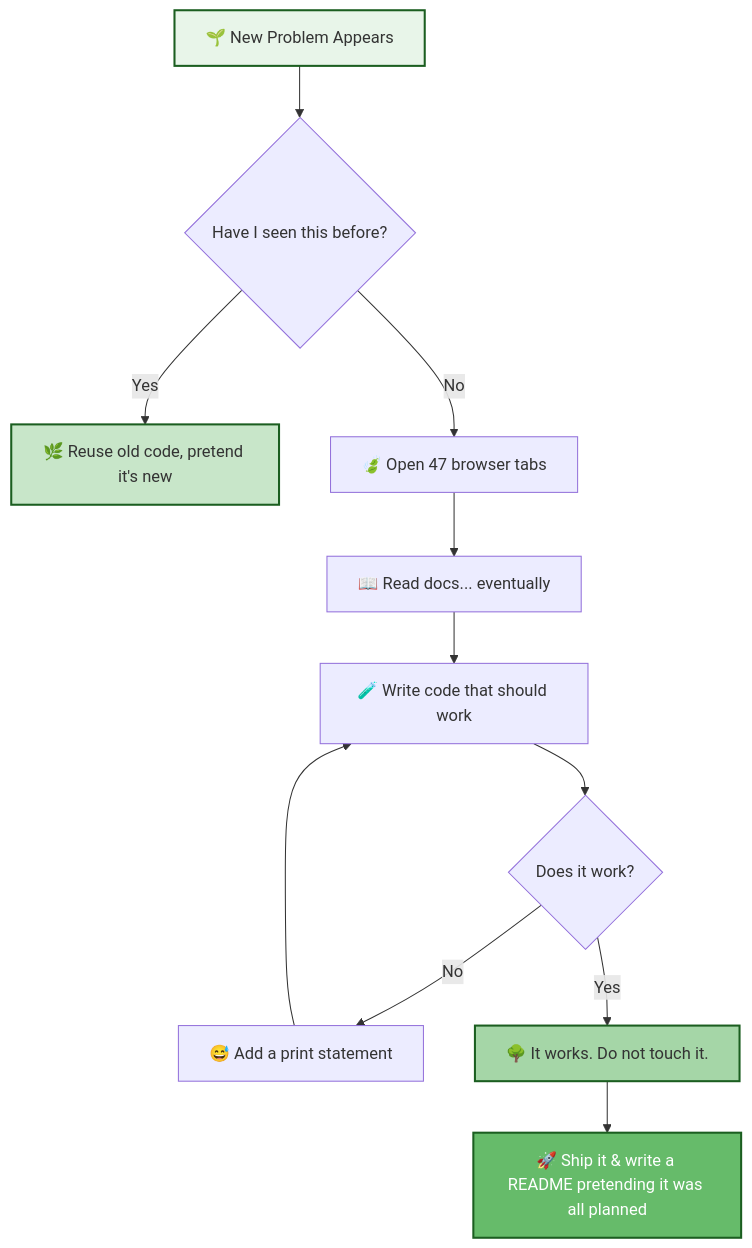
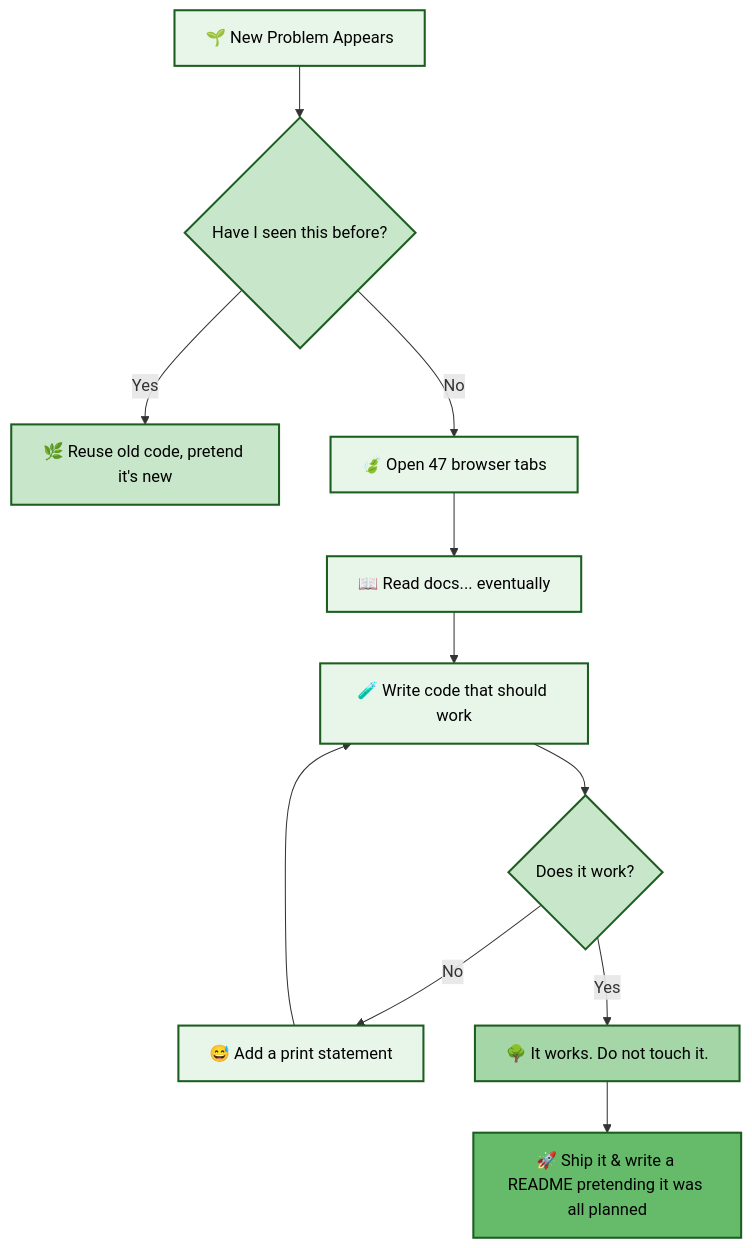
Before and after one commit to NEHAJAKATE/NEHAJAKATE: the diagram in README.md, drawn with Mermaid. The commit also changed other lines of this file, not shown here.

Commit message:
Update LinkedIn link and style colors in README

````diff
--- a/README.md
+++ b/README.md
@@ -47,18 +47,24 @@
 ```mermaid
 flowchart TD
     A[🌱 New Problem Appears] --> B{Have I seen this before?}
     B -->|Yes| C[🌿 Reuse old code, pretend it's new]
     B -->|No| D[🍃 Open 47 browser tabs]
     D --> E[📖 Read docs... eventually]
     E --> F[🧪 Write code that should work]
     F --> G{Does it work?}
     G -->|No| H[😅 Add a print statement]
     H --> F
     G -->|Yes| I[🌳 It works. Do not touch it.]
     I --> J[🚀 Ship it & write a README pretending it was all planned]
 
-    style A fill:#E8F5E9,stroke:#1B5E20,stroke-width:2px
-    style C fill:#C8E6C9,stroke:#1B5E20,stroke-width:2px
-    style I fill:#A5D6A7,stroke:#1B5E20,stroke-width:2px
-    style J fill:#66BB6A,stroke:#1B5E20,stroke-width:2px,color:#fff
+    style A fill:#E8F5E9,stroke:#1B5E20,stroke-width:2px,color:#000000
+    style B fill:#C8E6C9,stroke:#1B5E20,stroke-width:2px,color:#000000
+    style C fill:#C8E6C9,stroke:#1B5E20,stroke-width:2px,color:#000000
+    style D fill:#E8F5E9,stroke:#1B5E20,stroke-width:2px,color:#000000
+    style E fill:#E8F5E9,stroke:#1B5E20,stroke-width:2px,color:#000000
+    style F fill:#E8F5E9,stroke:#1B5E20,stroke-width:2px,color:#000000
+    style G fill:#C8E6C9,stroke:#1B5E20,stroke-width:2px,color:#000000
+    style H fill:#E8F5E9,stroke:#1B5E20,stroke-width:2px,color:#000000
+    style I fill:#A5D6A7,stroke:#1B5E20,stroke-width:2px,color:#000000
+    style J fill:#66BB6A,stroke:#1B5E20,stroke-width:2px,color:#000000
 ```
````
